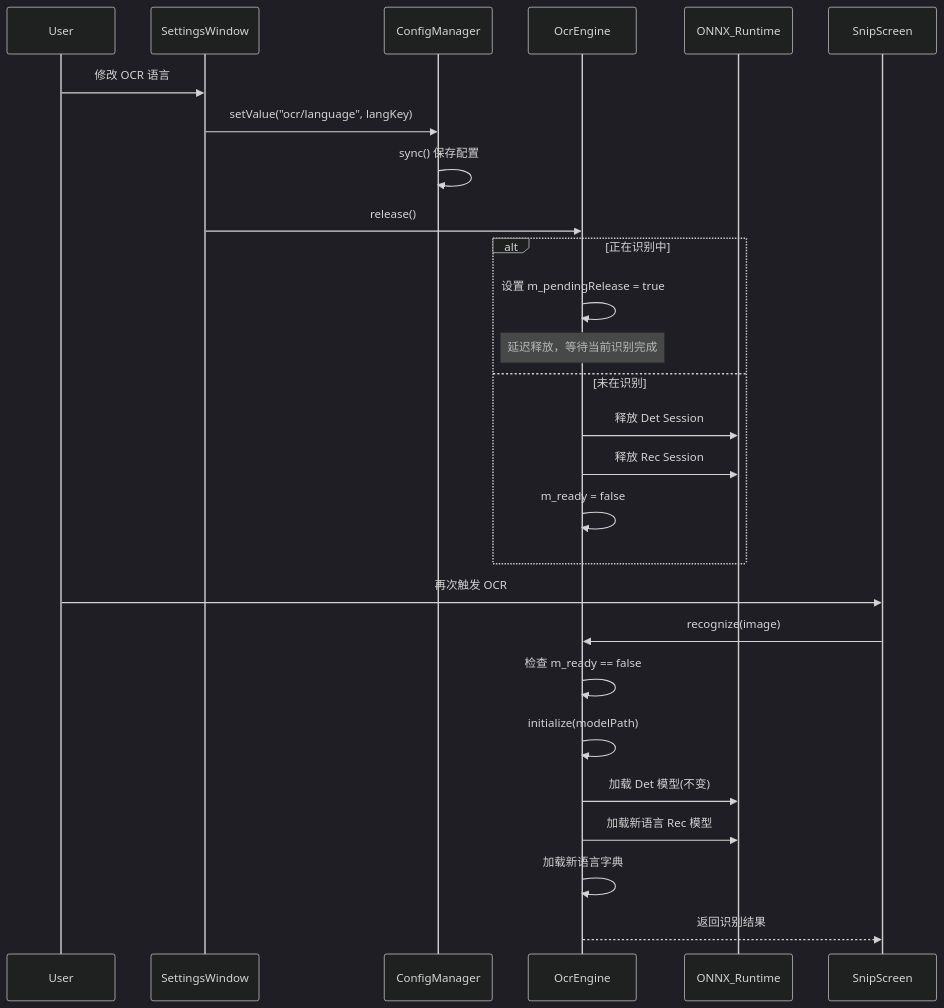
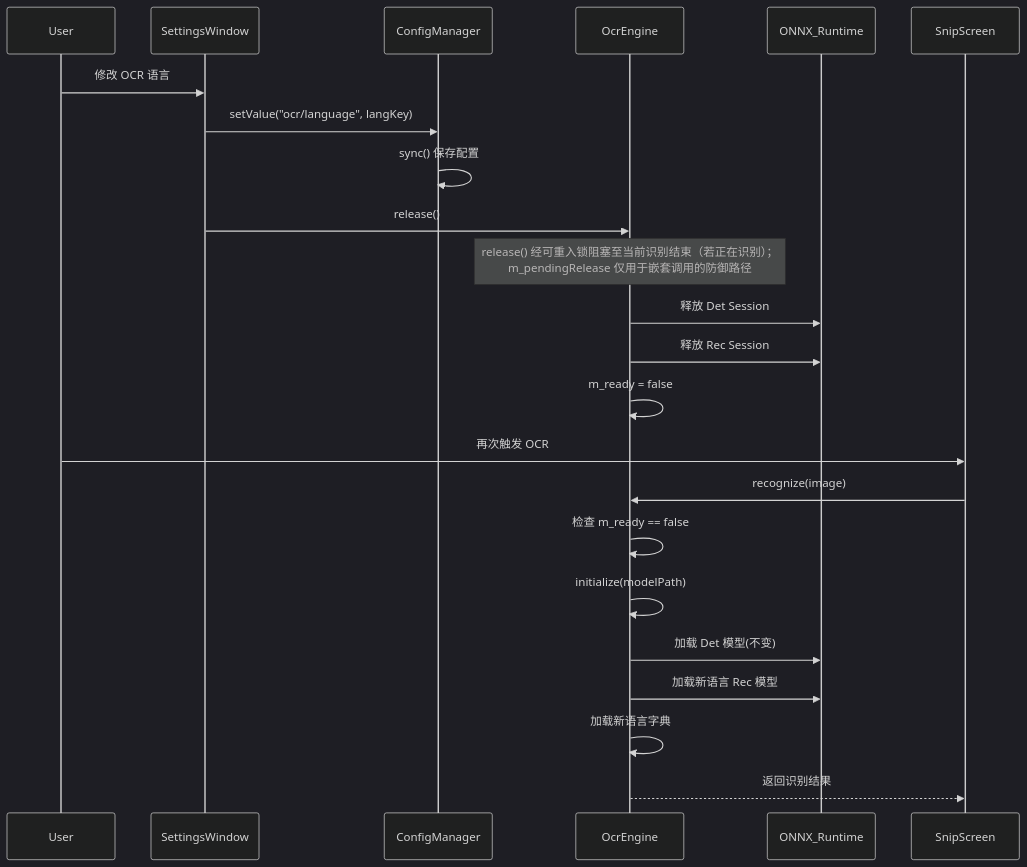
The ninth of 11 diagrams in docs/ocr.md (ChiangyangNPU/quick-shot), drawn with Mermaid (dark theme) before and after one commit. The commit also changed other lines of this file and 7 other files, not shown here.

````diff
--- a/docs/ocr.md
+++ b/docs/ocr.md
@@ -529,31 +539,27 @@
 ```mermaid
 sequenceDiagram
     participant User
     participant SettingsWindow
     participant ConfigManager
     participant OcrEngine
     participant ONNX_Runtime
 
     User->>SettingsWindow: 修改 OCR 语言
     SettingsWindow->>ConfigManager: setValue("ocr/language", langKey)
     ConfigManager->>ConfigManager: sync() 保存配置
     SettingsWindow->>OcrEngine: release()
-    
-    alt 正在识别中
-        OcrEngine->>OcrEngine: 设置 m_pendingRelease = true
-        Note over OcrEngine: 延迟释放，等待当前识别完成
-    else 未在识别
-        OcrEngine->>ONNX_Runtime: 释放 Det Session
-        OcrEngine->>ONNX_Runtime: 释放 Rec Session
-        OcrEngine->>OcrEngine: m_ready = false
-    end
-    
+
+    Note over OcrEngine: release() 经可重入锁阻塞至当前识别结束（若正在识别）；<br/>m_pendingRelease 仅用于嵌套调用的防御路径
+    OcrEngine->>ONNX_Runtime: 释放 Det Session
+    OcrEngine->>ONNX_Runtime: 释放 Rec Session
+    OcrEngine->>OcrEngine: m_ready = false
+
     User->>SnipScreen: 再次触发 OCR
     SnipScreen->>OcrEngine: recognize(image)
     OcrEngine->>OcrEngine: 检查 m_ready == false
     OcrEngine->>OcrEngine: initialize(modelPath)
     OcrEngine->>ONNX_Runtime: 加载 Det 模型(不变)
     OcrEngine->>ONNX_Runtime: 加载新语言 Rec 模型
     OcrEngine->>OcrEngine: 加载新语言字典
     OcrEngine-->>SnipScreen: 返回识别结果
 ```
````
